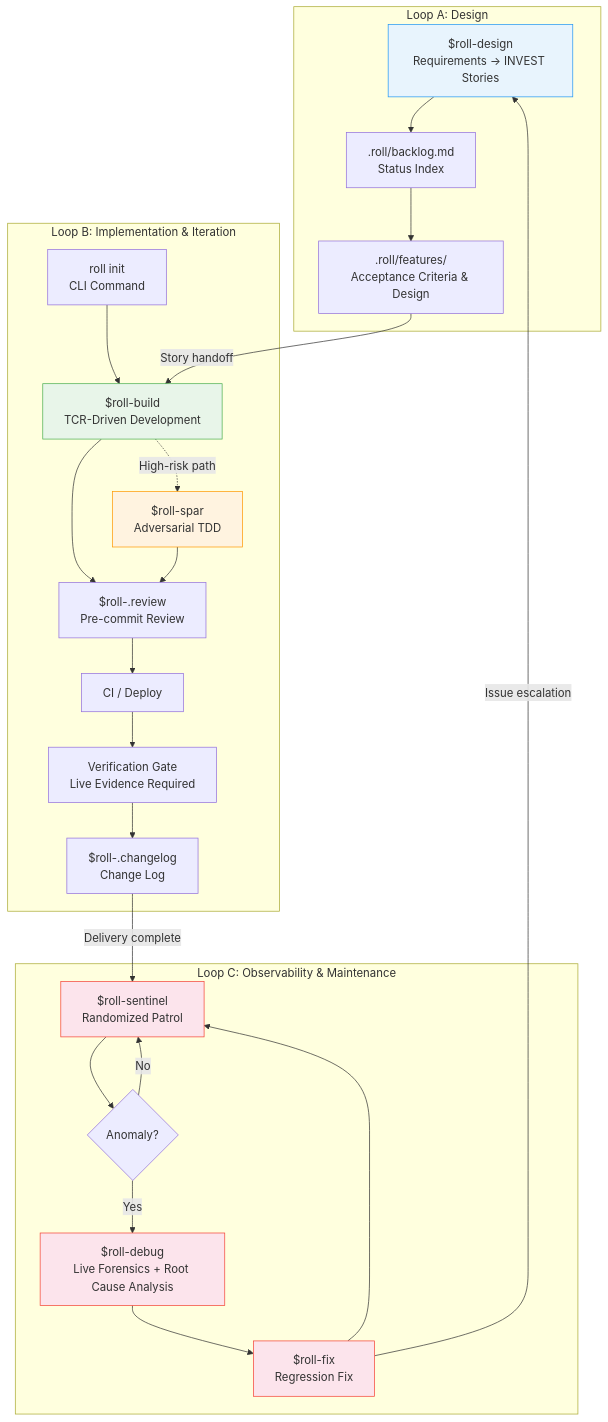
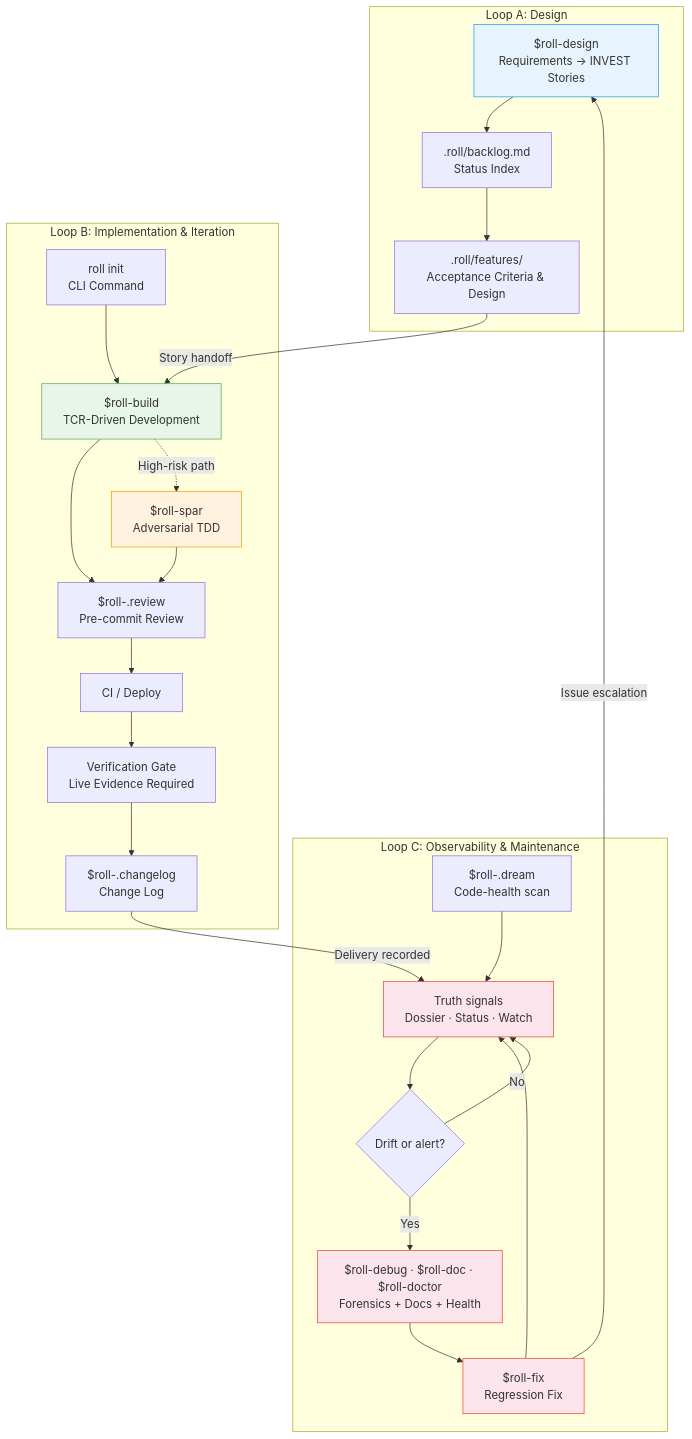
The first of 2 diagrams in guide/en/methodology.md (seanyao/roll), drawn with Mermaid before and after one commit. The commit also changed other lines of this file and 22 other files, not shown here.

````diff
--- a/guide/en/methodology.md
+++ b/guide/en/methodology.md
@@ -25,36 +25,37 @@
 ```mermaid
 graph TB
     subgraph "Loop A: Design"
         A2["$roll-design<br/>Requirements → INVEST Stories"] --> A3[".roll/backlog.md<br/>Status Index"]
         A3 --> A4[".roll/features/<br/>Acceptance Criteria & Design"]
     end
 
     subgraph "Loop B: Implementation & Iteration"
         B1["roll init<br/>CLI Command"] --> B2["$roll-build<br/>TCR-Driven Development"]
         B2 --> B3["$roll-.review<br/>Pre-commit Review"]
         B3 --> B4["CI / Deploy"]
         B4 --> B5["Verification Gate<br/>Live Evidence Required"]
         B5 --> B6["$roll-.changelog<br/>Change Log"]
         B2 -.->|High-risk path| B7["$roll-spar<br/>Adversarial TDD"]
         B7 --> B3
     end
 
     subgraph "Loop C: Observability & Maintenance"
-        C1["$roll-sentinel<br/>Randomized Patrol"] --> C2{"Anomaly?"}
-        C2 -->|Yes| C3["$roll-debug<br/>Live Forensics + Root Cause Analysis"]
+        C1["Truth signals<br/>Dossier · Status · Watch"] --> C2{"Drift or alert?"}
+        C2 -->|Yes| C3["$roll-debug · $roll-doc · $roll-doctor<br/>Forensics + Docs + Health"]
         C3 --> C5["$roll-fix<br/>Regression Fix"]
         C5 --> C1
         C2 -->|No| C1
+        C6["$roll-.dream<br/>Code-health scan"] --> C1
     end
 
     A4 -->|"Story handoff"| B2
-    B6 -->|"Delivery complete"| C1
+    B6 -->|"Delivery recorded"| C1
     C5 -->|"Issue escalation"| A2
 
     style A2 fill:#e8f4fd,stroke:#2196F3
     style B2 fill:#e8f5e9,stroke:#4CAF50
     style B7 fill:#fff3e0,stroke:#FF9800
     style C1 fill:#fce4ec,stroke:#F44336
     style C3 fill:#fce4ec,stroke:#F44336
     style C5 fill:#fce4ec,stroke:#F44336
 ```
````
